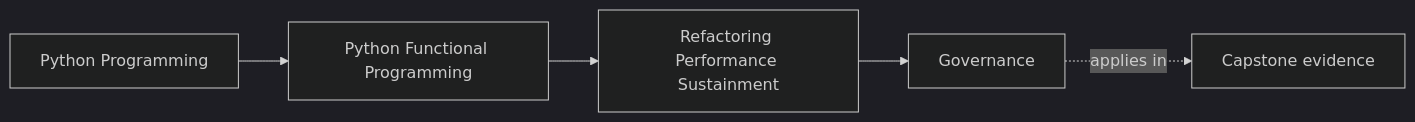
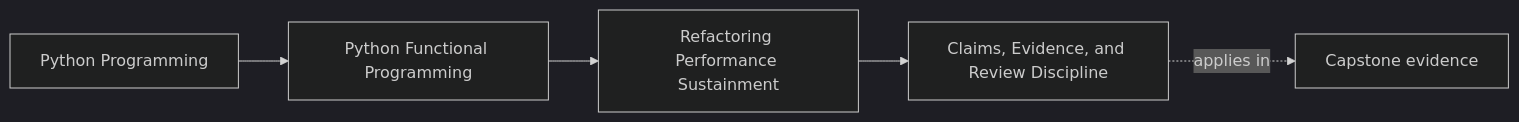
Before and after one commit to bijux/bijux-masterclass: the first of 3 diagrams in programs/python-programming/python-functional-programming/course-book/module-10-refactoring-performance-sustainment/governance.md, drawn with Mermaid (dark theme). The commit also changed other lines of this file, not shown here.

Commit message:
docs(funcpipe-rag): govern claims through executable evidence

````diff
--- a/programs/python-programming/python-functional-programming/course-book/module-10-refactoring-performance-sustainment/governance.md
+++ b/programs/python-programming/python-functional-programming/course-book/module-10-refactoring-performance-sustainment/governance.md
@@ -7,11 +6,11 @@
 ```mermaid
 graph LR
   family["Python Programming"]
   program["Python Functional Programming"]
   section["Refactoring Performance Sustainment"]
-  page["Governance"]
+  page["Claims, Evidence, and Review Discipline"]
   capstone["Capstone evidence"]
 
   family --> program --> section --> page
   page -.applies in.-> capstone
 ```
````
